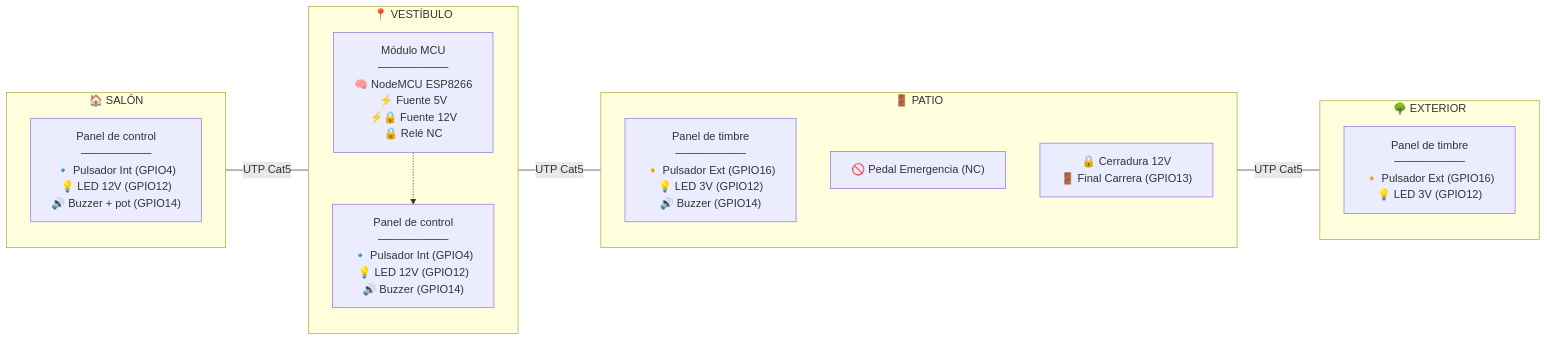
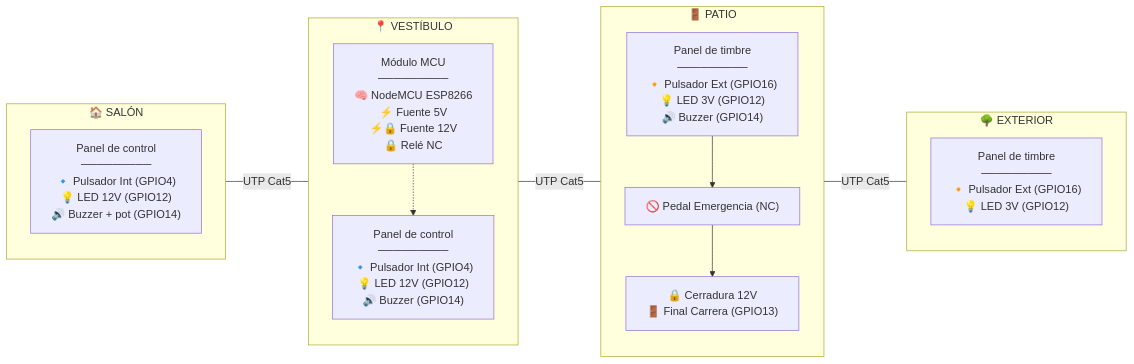
Before and after one commit to abelbour/Abrepuertas: the first of 11 diagrams in SYSTEM_DEFINITION.md, drawn with Mermaid.

Commit message:
fix: forzar apilado vertical en columna Patio con enlaces PP-PED-LK

````diff
--- a/SYSTEM_DEFINITION.md
+++ b/SYSTEM_DEFINITION.md
@@ -53,28 +53,29 @@
 ```mermaid
 flowchart LR
     subgraph Salon["🏠 SALÓN"]
         direction TB
         SP["Panel de control<br/>─────────<br/>🔹 Pulsador Int (GPIO4)<br/>💡 LED 12V (GPIO12)<br/>🔊 Buzzer + pot (GPIO14)"]
     end
 
     subgraph Vestibulo["📍 VESTÍBULO"]
         direction TB
         MCU["Módulo MCU<br/>─────────<br/>🧠 NodeMCU ESP8266<br/>⚡ Fuente 5V<br/>⚡🔒 Fuente 12V<br/>🔒 Relé NC"]
         VP["Panel de control<br/>─────────<br/>🔹 Pulsador Int (GPIO4)<br/>💡 LED 12V (GPIO12)<br/>🔊 Buzzer (GPIO14)"]
     end
 
     subgraph Patio["🚪 PATIO"]
         direction TB
         PP["Panel de timbre<br/>─────────<br/>🔸 Pulsador Ext (GPIO16)<br/>💡 LED 3V (GPIO12)<br/>🔊 Buzzer (GPIO14)"]
         PED["🚫 Pedal Emergencia (NC)"]
         LK["🔒 Cerradura 12V<br/>🚪 Final Carrera (GPIO13)"]
+        PP --> PED --> LK
     end
 
     subgraph Exterior["🌳 EXTERIOR"]
         direction TB
         EP["Panel de timbre<br/>─────────<br/>🔸 Pulsador Ext (GPIO16)<br/>💡 LED 3V (GPIO12)"]
     end
 
     Salon ---|UTP Cat5| Vestibulo ---|UTP Cat5| Patio ---|UTP Cat5| Exterior
     MCU -.-> VP
 ```
````
